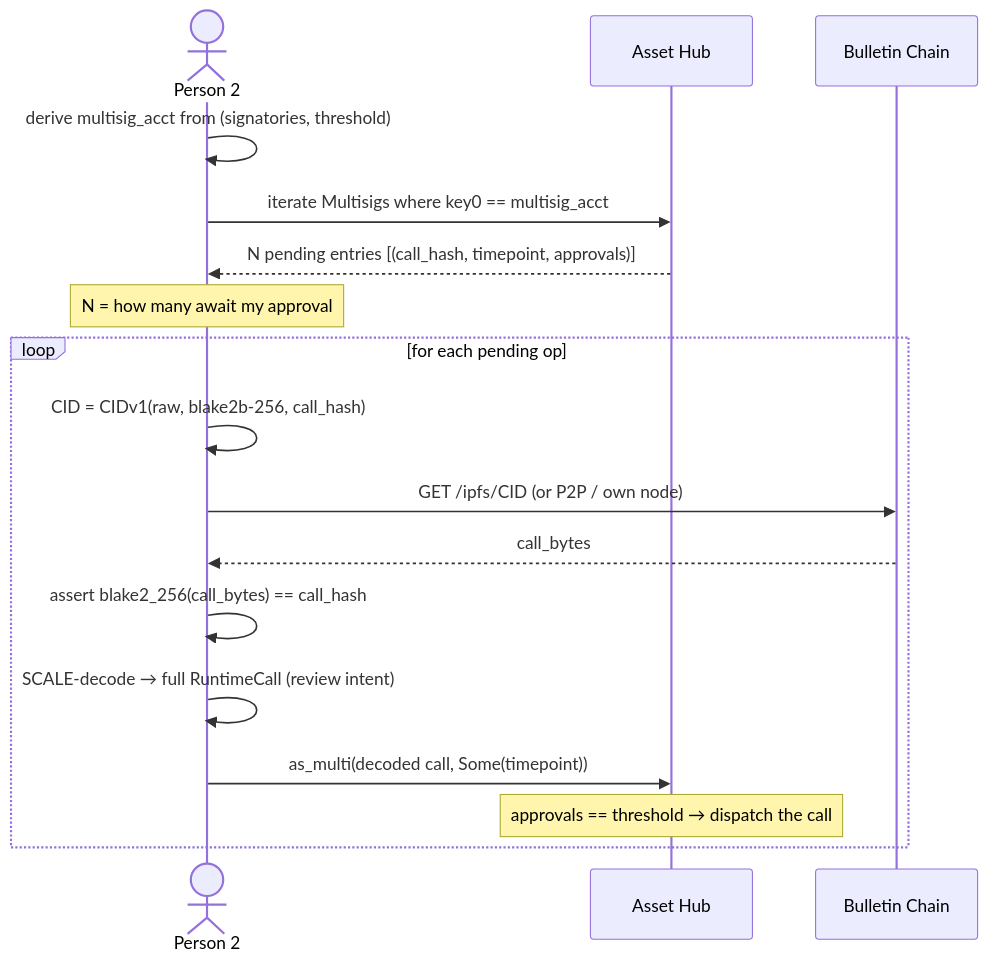
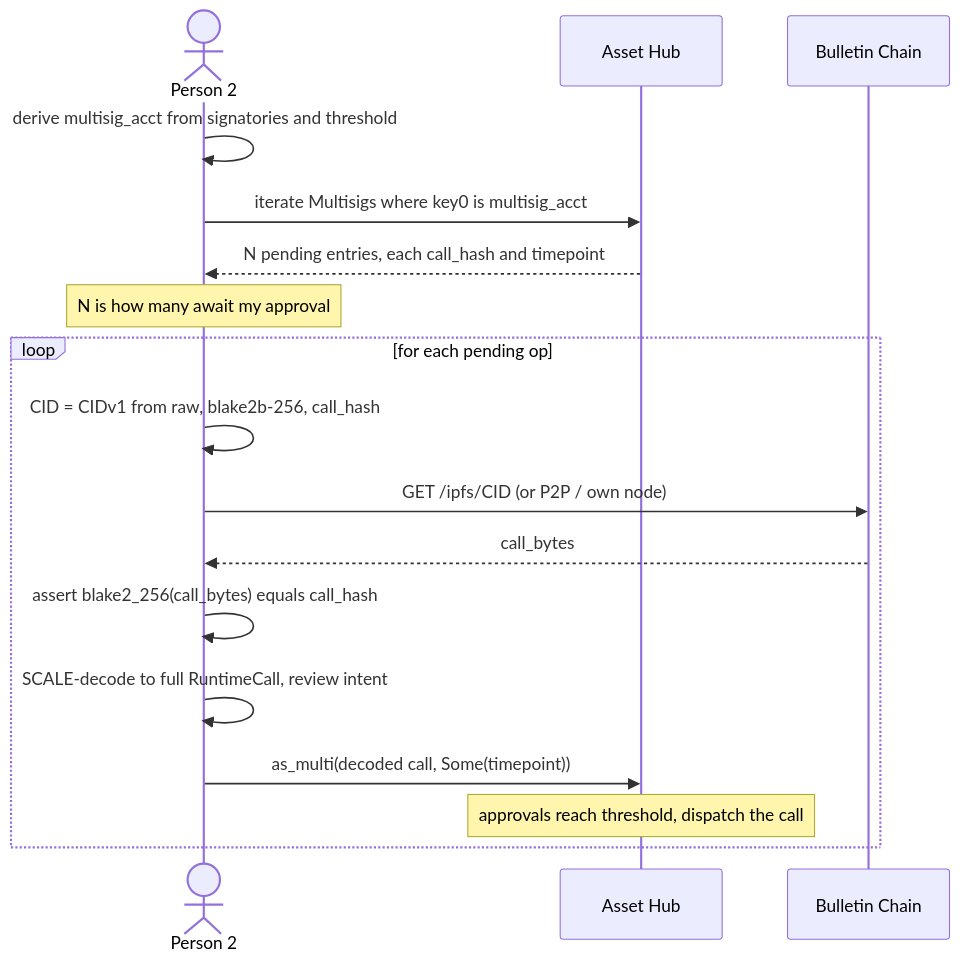
One commit to darwinsubramaniam/narada changed the fifth of 7 diagrams in POC/ARCHITECTURE.md. Above: the diagram before and after it, drawn with Mermaid. The commit also changed other lines of this file, not shown here.

Commit message:
POC: fix mermaid sequence diagrams for GitHub (drop ; and unicode arrows)
GitHub's mermaid parser treats ';' as a statement separator, breaking
the sequence-diagram message text; the unicode arrow compounded it.
Replaced ';'/'->' arrows inside all mermaid blocks with plain text.

````diff
--- a/POC/ARCHITECTURE.md
+++ b/POC/ARCHITECTURE.md
@@ -203,19 +203,19 @@
 ```mermaid
 sequenceDiagram
     actor P2 as Person 2
     participant AH as Asset Hub
     participant BC as Bulletin Chain
-    P2->>P2: derive multisig_acct from (signatories, threshold)
-    P2->>AH: iterate Multisigs where key0 == multisig_acct
-    AH-->>P2: N pending entries [(call_hash, timepoint, approvals)]
-    Note over P2: N = how many await my approval
+    P2->>P2: derive multisig_acct from signatories and threshold
+    P2->>AH: iterate Multisigs where key0 is multisig_acct
+    AH-->>P2: N pending entries, each call_hash and timepoint
+    Note over P2: N is how many await my approval
     loop for each pending op
-        P2->>P2: CID = CIDv1(raw, blake2b-256, call_hash)
-        P2->>BC: GET /ipfs/CID  (or P2P / own node)
+        P2->>P2: CID = CIDv1 from raw, blake2b-256, call_hash
+        P2->>BC: GET /ipfs/CID (or P2P / own node)
         BC-->>P2: call_bytes
-        P2->>P2: assert blake2_256(call_bytes) == call_hash
-        P2->>P2: SCALE-decode → full RuntimeCall (review intent)
+        P2->>P2: assert blake2_256(call_bytes) equals call_hash
+        P2->>P2: SCALE-decode to full RuntimeCall, review intent
         P2->>AH: as_multi(decoded call, Some(timepoint))
-        Note over AH: approvals == threshold → dispatch the call
+        Note over AH: approvals reach threshold, dispatch the call
     end
 ```
````
